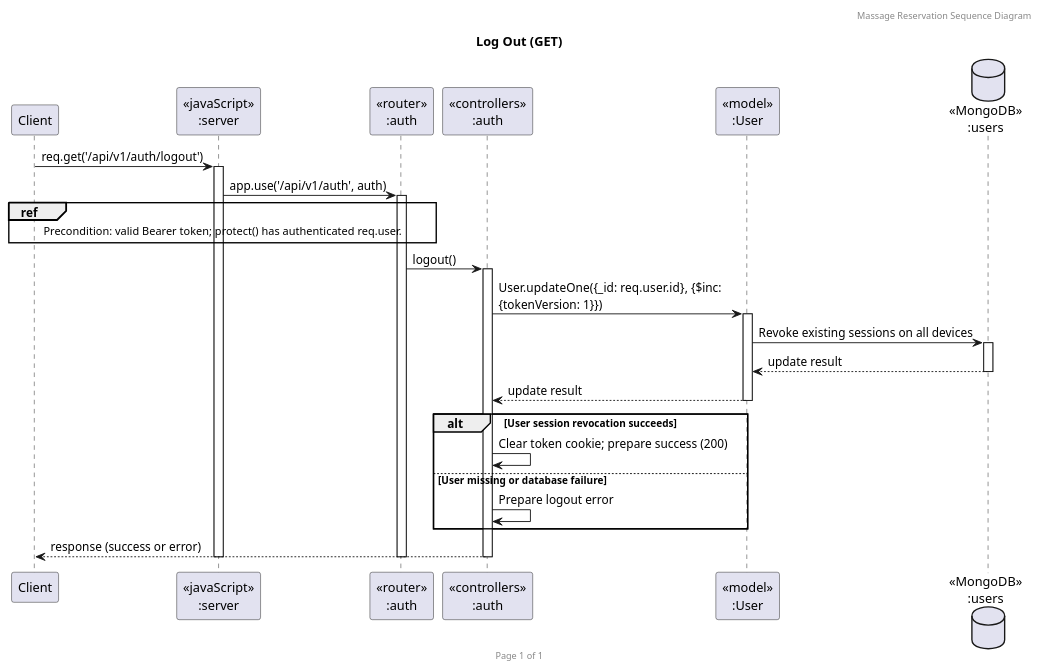
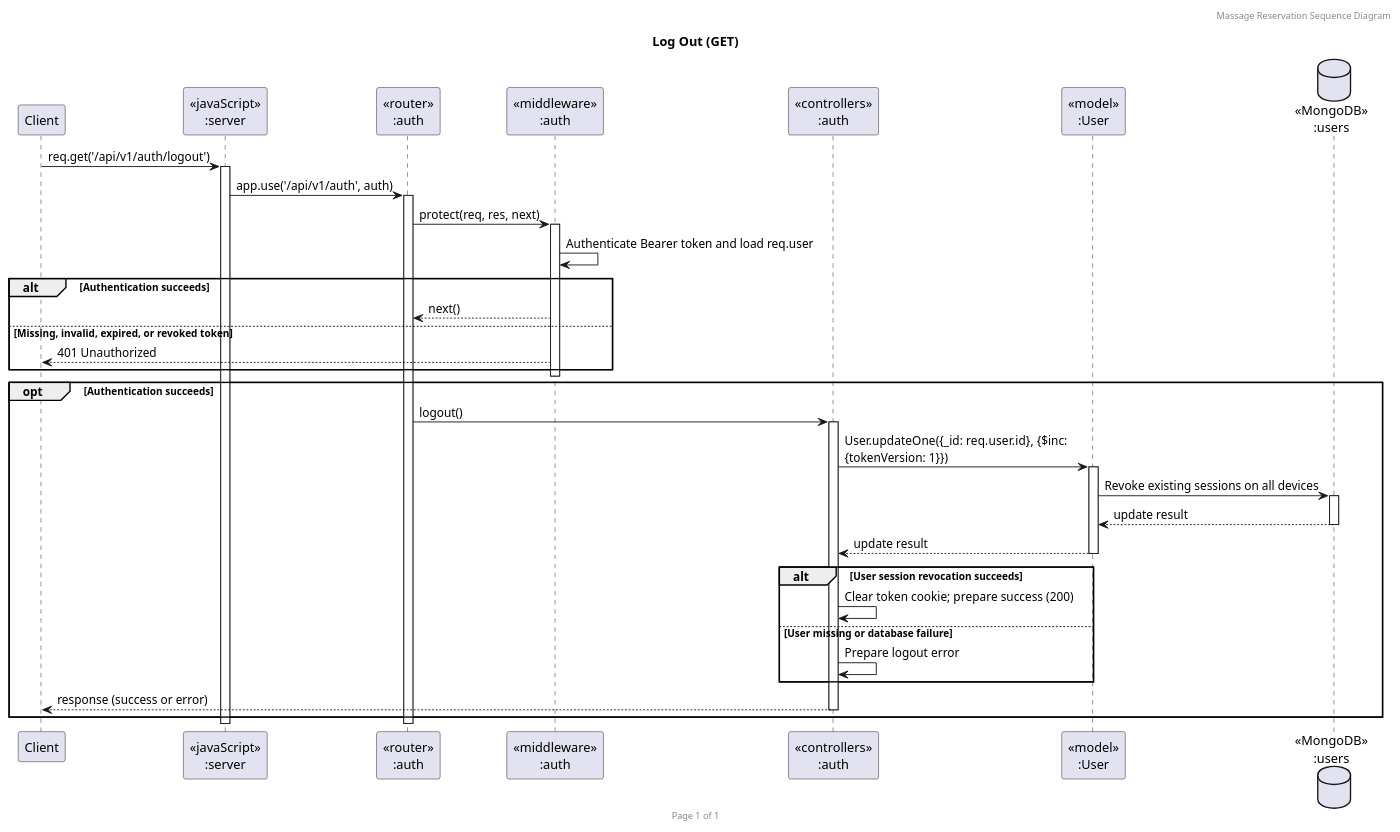
One commit to pim3567/SW-DEV-PRAC-Final-Project changed the diagram in docs/diagram/sequence-diagram/specified-requirements/03-logout.puml. Above: the diagram before and after it, drawn with PlantUML. The commit also changed 9 other files, not shown here.

Commit message:
chore: add middleware in seq diagram

```diff
--- a/docs/diagram/sequence-diagram/specified-requirements/03-logout.puml
+++ b/docs/diagram/sequence-diagram/specified-requirements/03-logout.puml
@@ -1,33 +1,41 @@
 @startuml
 header Massage Reservation Sequence Diagram
 footer Page %page% of %lastpage%
 skinparam maxMessageSize 320
 title "Log Out (GET)"
 
 participant "Client" as client
 participant "<<javaScript>>\n:server" as server
 participant "<<router>>\n:auth" as router
+participant "<<middleware>>\n:auth" as auth
 participant "<<controllers>>\n:auth" as controller
 participant "<<model>>\n:User" as model
 database "<<MongoDB>>\n:users" as db
 
 client -> server ++: req.get('/api/v1/auth/logout')
 server -> router ++: app.use('/api/v1/auth', auth)
-ref over client, router
-    Precondition: valid Bearer token; protect() has authenticated req.user.
-end ref
+router -> auth ++: protect(req, res, next)
+auth -> auth: Authenticate Bearer token and load req.user
+alt Authentication succeeds
+    auth --> router: next()
+else Missing, invalid, expired, or revoked token
+    auth --> client: 401 Unauthorized
+end
+deactivate auth
+opt Authentication succeeds
 router -> controller ++: logout()
 controller -> model ++: User.updateOne({_id: req.user.id}, {$inc: {tokenVersion: 1}})
 model -> db ++: Revoke existing sessions on all devices
 db --> model --: update result
 model --> controller --: update result
 alt User session revocation succeeds
     controller -> controller: Clear token cookie; prepare success (200)
 else User missing or database failure
     controller -> controller: Prepare logout error
 end
 controller --> client --: response (success or error)
+end
 deactivate router
 deactivate server
 
 @enduml
```
